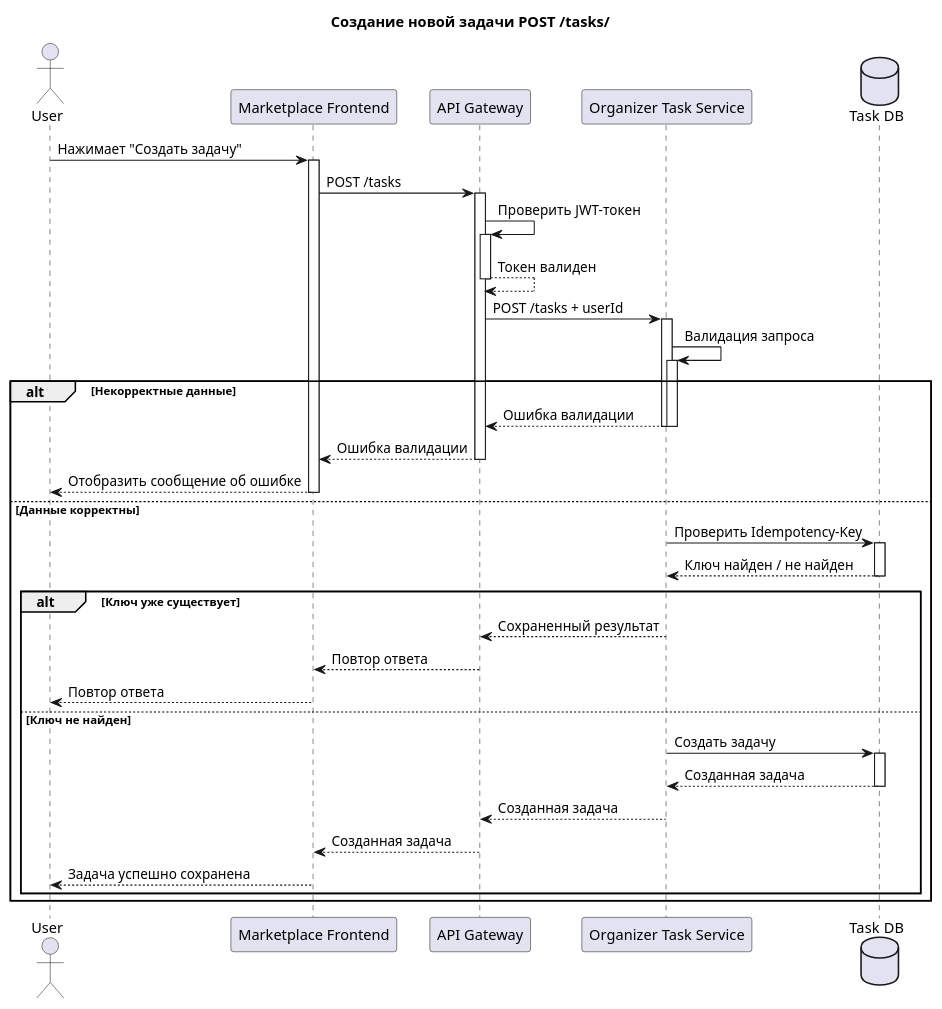
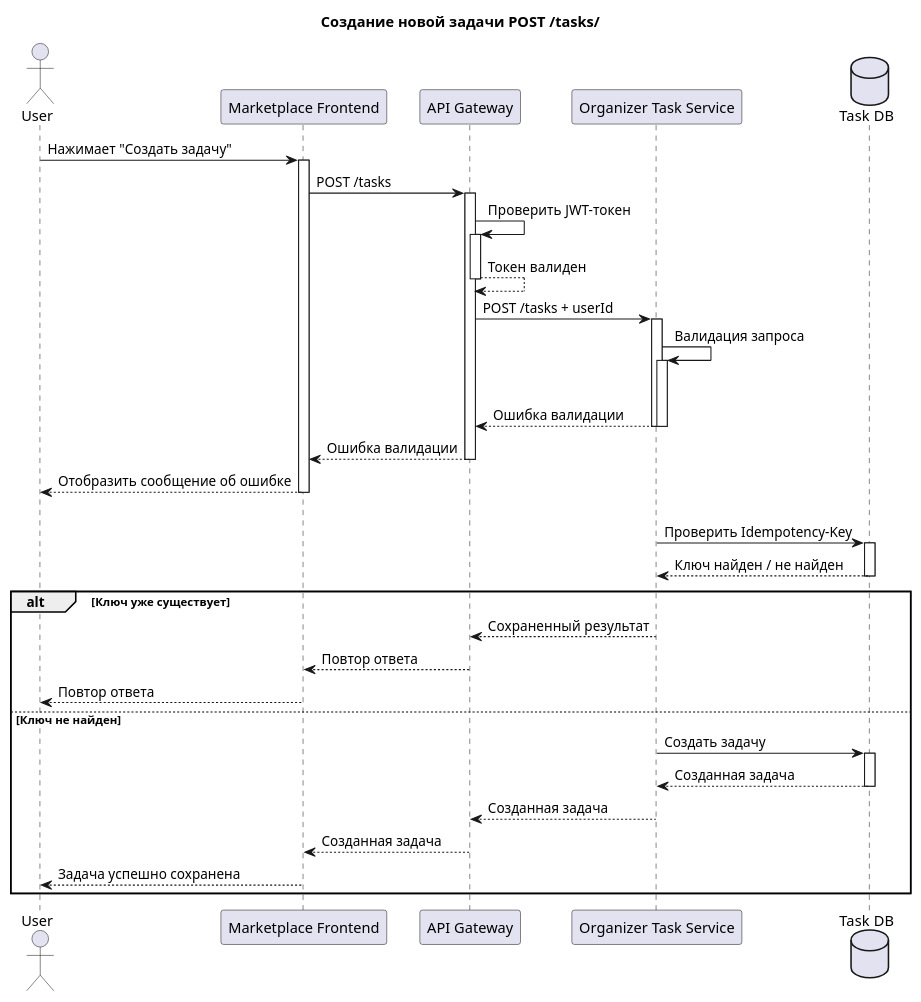
The diagram in sequence diagrams/create-task-sequence.md (aabzalovaa/organaizer-domashnih-del), drawn with PlantUML before and after one commit.

````diff
--- a/sequence diagrams/create-task-sequence.md
+++ b/sequence diagrams/create-task-sequence.md
@@ -1,3 +3,4 @@
+```plantuml
 @startuml
 title "Создание новой задачи POST /tasks/"
 
@@ -101,6 +104,5 @@
 
 end
 
-end
-
 @enduml
+```
````
